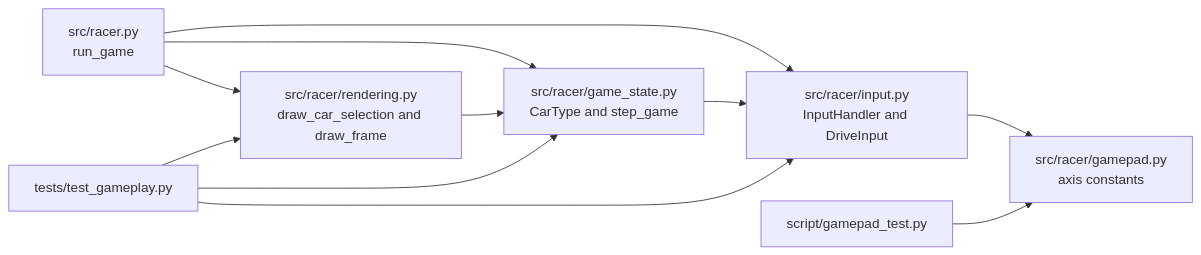
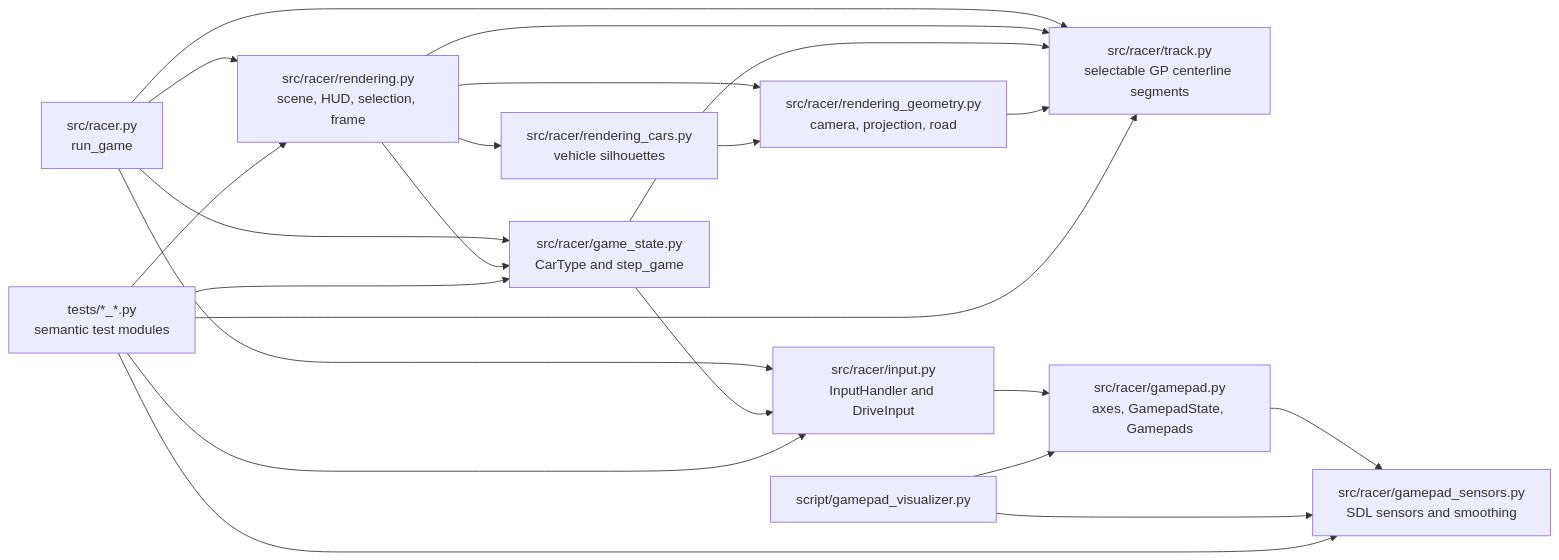
One commit to OMerkel/yet_another_racer changed the first of 3 diagrams in doc/software_architecture.md. Above: the diagram before and after it, drawn with Mermaid. The commit also changed other lines of this file and 24 other files, not shown here.

````diff
--- a/doc/software_architecture.md
+++ b/doc/software_architecture.md
@@ -11,13 +13,24 @@
 ```mermaid
 flowchart LR
     Racer["src/racer.py<br/>run_game"] --> Input["src/racer/input.py<br/>InputHandler and DriveInput"]
     Racer --> State["src/racer/game_state.py<br/>CarType and step_game"]
-    Racer --> Render["src/racer/rendering.py<br/>draw_car_selection and draw_frame"]
-    Input --> Gamepad["src/racer/gamepad.py<br/>axis constants"]
+    Racer --> Render["src/racer/rendering.py<br/>scene, HUD, selection, frame"]
+    Racer --> Track["src/racer/track.py<br/>selectable GP centerline segments"]
+    Render --> Geometry["src/racer/rendering_geometry.py<br/>camera, projection, road"]
+    Render --> Cars["src/racer/rendering_cars.py<br/>vehicle silhouettes"]
+    Render --> Track
+    Input --> Gamepad["src/racer/gamepad.py<br/>axes, GamepadState, Gamepads"]
+    Gamepad --> Sensors["src/racer/gamepad_sensors.py<br/>SDL sensors and smoothing"]
     State --> Input
+    State --> Track
     Render --> State
-    Visualizer["script/gamepad_test.py"] --> Gamepad
-    Tests["tests/test_gameplay.py"] --> Input
+    Geometry --> Track
+    Cars --> Geometry
+    Visualizer["script/gamepad_visualizer.py"] --> Gamepad
+    Visualizer --> Sensors
+    Tests["tests/*_*.py<br/>semantic test modules"] --> Input
     Tests --> State
     Tests --> Render
+    Tests --> Track
+    Tests --> Sensors
 ```
````
